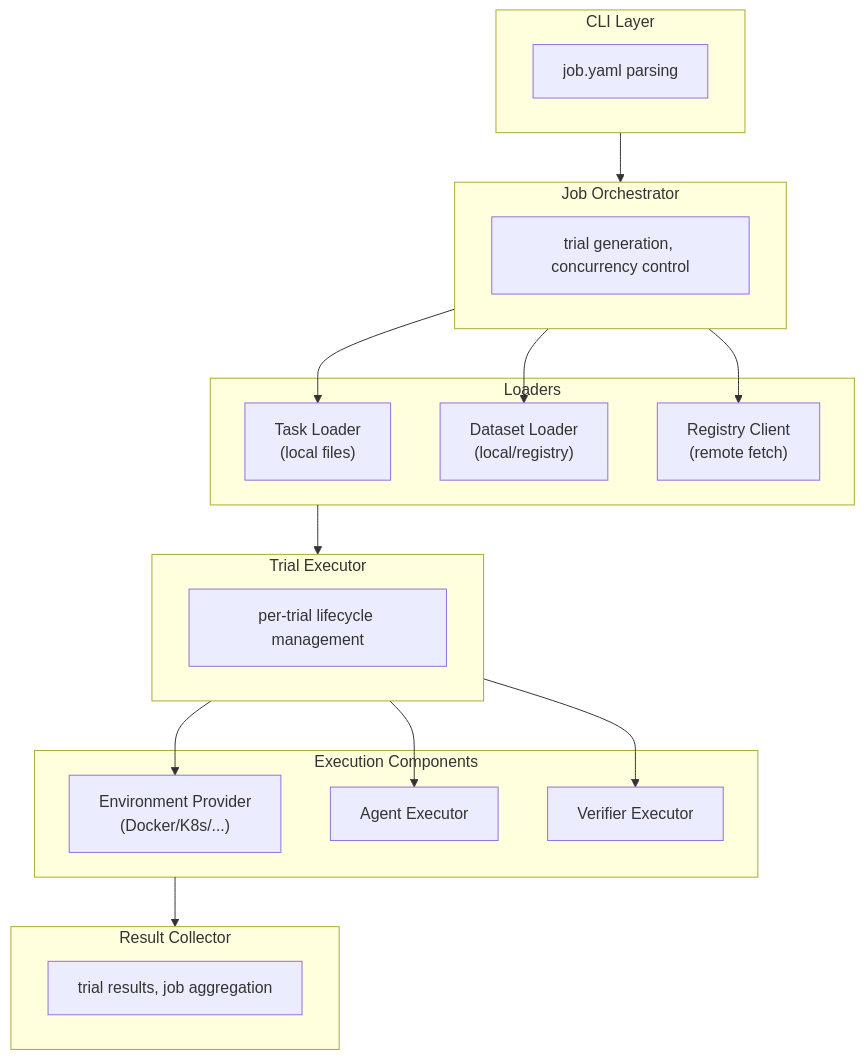
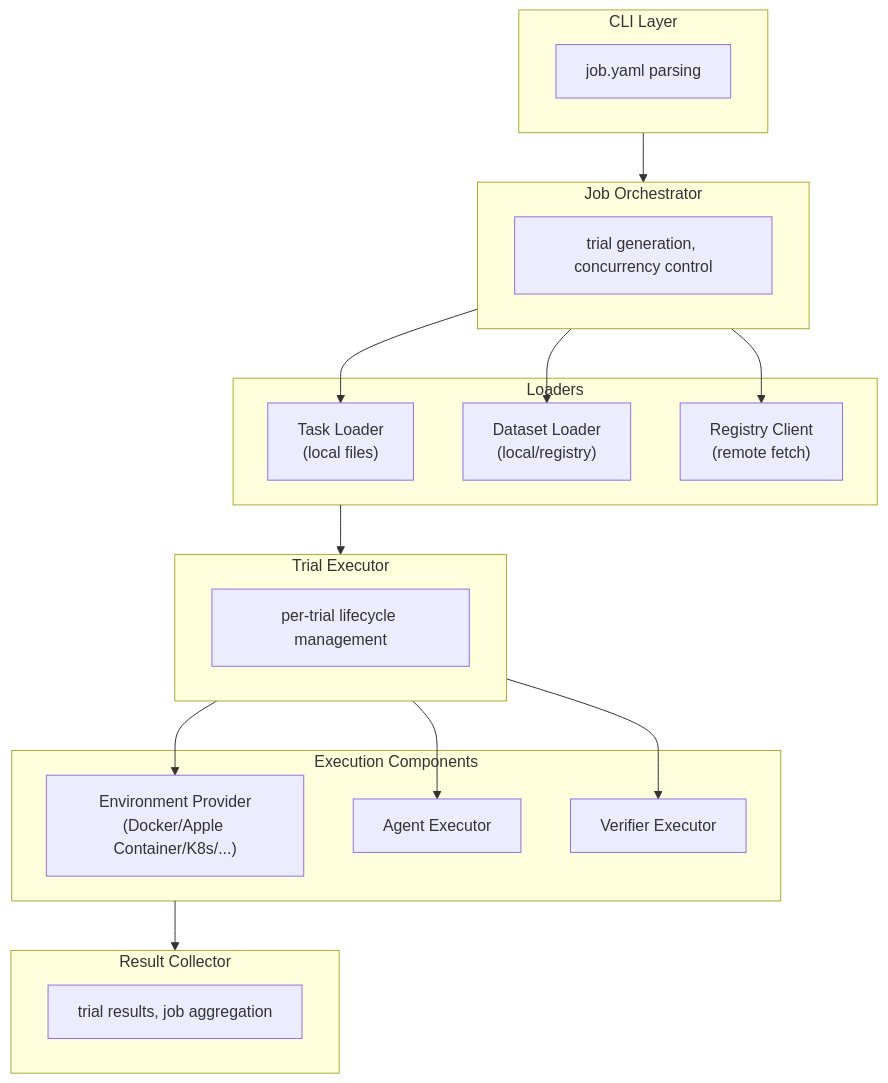
The first of 6 diagrams in ARCHITECTURE.md (spachava753/rollout), drawn with Mermaid before and after one commit. The commit also changed other lines of this file and 7 other files, not shown here.

First line of the commit message:
feat(environment): add Apple Container provider

````diff
--- a/ARCHITECTURE.md
+++ b/ARCHITECTURE.md
@@ -9,40 +9,40 @@
 ```mermaid
 flowchart TB
     subgraph CLI["CLI Layer"]
         JobYAML["job.yaml parsing"]
     end
 
     subgraph Orchestrator["Job Orchestrator"]
         TrialGen["trial generation, concurrency control"]
     end
 
     subgraph Loaders["Loaders"]
         TaskLoader["Task Loader<br/>(local files)"]
         DatasetLoader["Dataset Loader<br/>(local/registry)"]
         RegistryClient["Registry Client<br/>(remote fetch)"]
     end
 
     subgraph Executor["Trial Executor"]
         Lifecycle["per-trial lifecycle management"]
     end
 
     subgraph Providers["Execution Components"]
-        EnvProvider["Environment Provider<br/>(Docker/K8s/...)"]
+        EnvProvider["Environment Provider<br/>(Docker/Apple Container/K8s/...)"]
         AgentExec["Agent Executor"]
         Verifier["Verifier Executor"]
     end
 
     subgraph Results["Result Collector"]
         Aggregation["trial results, job aggregation"]
     end
 
     CLI --> Orchestrator
     Orchestrator --> TaskLoader
     Orchestrator --> DatasetLoader
     Orchestrator --> RegistryClient
     Loaders --> Executor
     Executor --> EnvProvider
     Executor --> AgentExec
     Executor --> Verifier
     Providers --> Results
 ```
````
